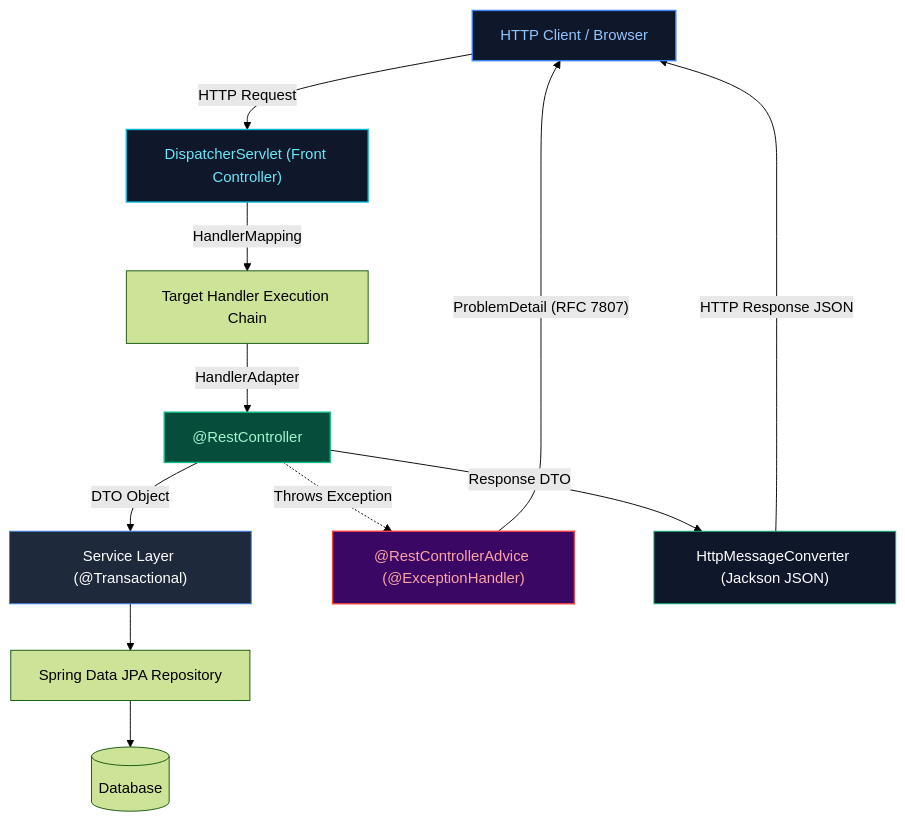
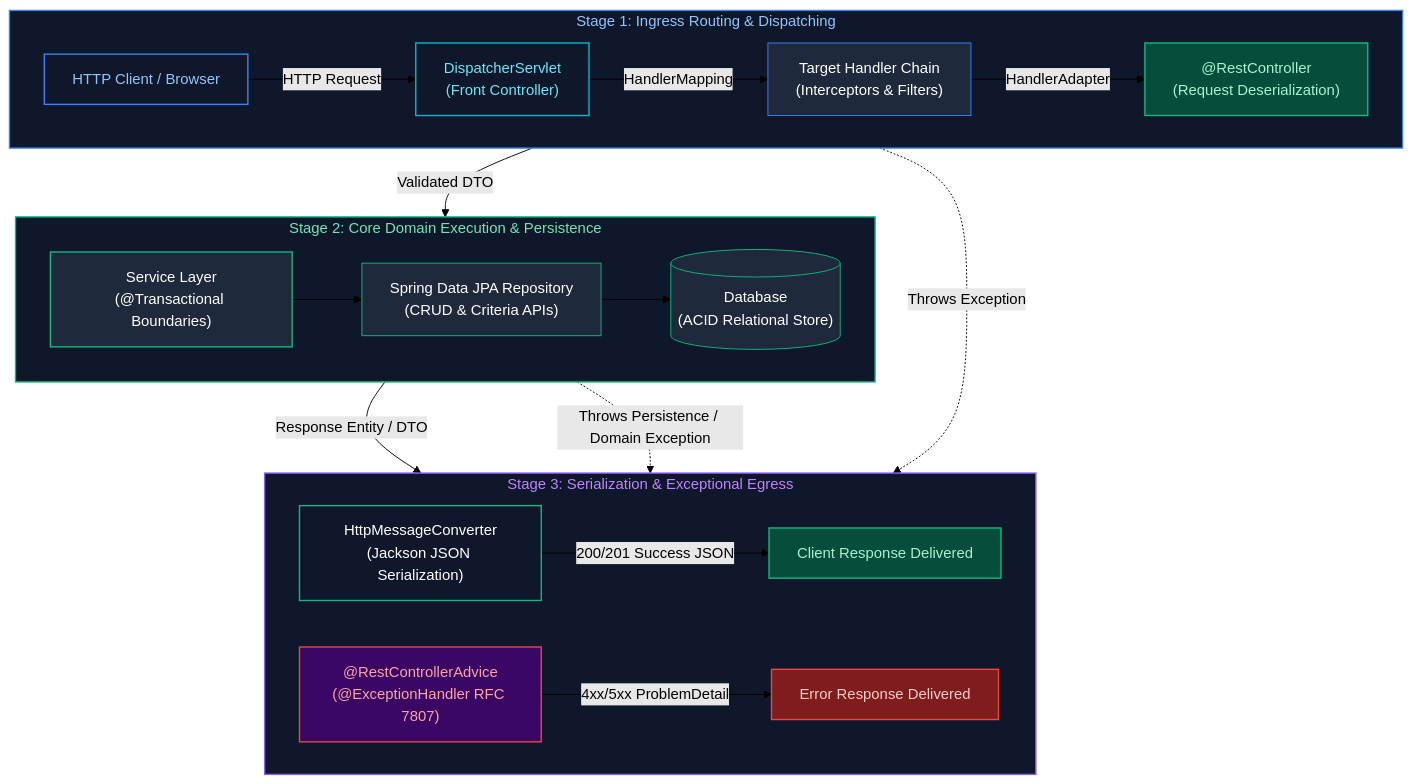
The first of 2 diagrams in Java Backend Engineering/frequently_asked_questions/06_rest_apis_and_web_services.md (joydeep-biswas/Interview-Preparation), drawn with Mermaid (forest theme) before and after one commit. The commit also changed other lines of this file and 76 other files, not shown here.

Commit message:
Updated Charts

````diff
--- a/Java Backend Engineering/frequently_asked_questions/06_rest_apis_and_web_services.md
+++ b/Java Backend Engineering/frequently_asked_questions/06_rest_apis_and_web_services.md
@@ -9,21 +9,42 @@
 ```mermaid
 flowchart TD
-    Client["HTTP Client / Browser"] -->|"HTTP Request"| Dispatcher["DispatcherServlet (Front Controller)"]
-    Dispatcher -->|"HandlerMapping"| Handler["Target Handler Execution Chain"]
-    Handler -->|"HandlerAdapter"| Controller["@RestController"]
-    Controller -->|"DTO Object"| ServiceLayer["Service Layer (@Transactional)"]
-    ServiceLayer --> RepositoryLayer["Spring Data JPA Repository"]
-    RepositoryLayer --> DB[("Database")]
+    subgraph Stage1 ["Stage 1: Ingress Routing & Dispatching"]
+        direction LR
+        Client["HTTP Client / Browser"] -->|"HTTP Request"| Dispatcher["DispatcherServlet<br/>(Front Controller)"]
+        Dispatcher -->|"HandlerMapping"| Handler["Target Handler Chain<br/>(Interceptors & Filters)"]
+        Handler -->|"HandlerAdapter"| Controller["@RestController<br/>(Request Deserialization)"]
+    end
 
-    Controller -.->|"Throws Exception"| Advice["@RestControllerAdvice (@ExceptionHandler)"]
-    Advice -->|"ProblemDetail (RFC 7807)"| Client
-    Controller -->|"Response DTO"| Jackson["HttpMessageConverter (Jackson JSON)"]
-    Jackson -->|"HTTP Response JSON"| Client
+    subgraph Stage2 ["Stage 2: Core Domain Execution & Persistence"]
+        direction LR
+        ServiceLayer["Service Layer<br/>(@Transactional Boundaries)"] --> RepositoryLayer["Spring Data JPA Repository<br/>(CRUD & Criteria APIs)"]
+        RepositoryLayer --> DB[("Database<br/>(ACID Relational Store)")]
+    end
+
+    subgraph Stage3 ["Stage 3: Serialization & Exceptional Egress"]
+        direction LR
+        Jackson["HttpMessageConverter<br/>(Jackson JSON Serialization)"] -->|"200/201 Success JSON"| ClientSuccess["Client Response Delivered"]
+        Advice["@RestControllerAdvice<br/>(@ExceptionHandler RFC 7807)"] -->|"4xx/5xx ProblemDetail"| ClientError["Error Response Delivered"]
+    end
+
+    Controller -->|"Validated DTO"| ServiceLayer
+    ServiceLayer -->|"Response Entity / DTO"| Jackson
+    Controller -.->|"Throws Exception"| Advice
+    ServiceLayer -.->|"Throws Persistence / Domain Exception"| Advice
+
+    style Stage1 fill:#0f172a,stroke:#3b82f6,stroke-width:1.5px,color:#93c5fd
+    style Stage2 fill:#0f172a,stroke:#10b981,stroke-width:1.5px,color:#6ee7b7
+    style Stage3 fill:#0f172a,stroke:#8b5cf6,stroke-width:1.5px,color:#c084fc
 
     style Client fill:#0f172a,stroke:#3b82f6,stroke-width:1.5px,color:#93c5fd
     style Dispatcher fill:#0f172a,stroke:#06b6d4,stroke-width:1.5px,color:#67e8f9
+    style Handler fill:#1e293b,stroke:#3b82f6,stroke-width:1px,color:#fff
     style Controller fill:#064e3b,stroke:#10b981,stroke-width:1.5px,color:#a7f3d0
-    style ServiceLayer fill:#1e293b,stroke:#3b82f6,stroke-width:1px,color:#fff
+    style ServiceLayer fill:#1e293b,stroke:#10b981,stroke-width:1.5px,color:#fff
+    style RepositoryLayer fill:#1e293b,stroke:#10b981,stroke-width:1px,color:#fff
+    style DB fill:#1e293b,stroke:#10b981,stroke-width:1px,color:#fff
+    style Jackson fill:#0f172a,stroke:#10b981,stroke-width:1.5px,color:#fff
     style Advice fill:#3b0764,stroke:#ef4444,stroke-width:1.5px,color:#fca5a5
-    style Jackson fill:#0f172a,stroke:#10b981,stroke-width:1px,color:#fff
+    style ClientSuccess fill:#064e3b,stroke:#10b981,stroke-width:1.5px,color:#a7f3d0
+    style ClientError fill:#7f1d1d,stroke:#ef4444,stroke-width:1.5px,color:#fecaca
 ```
````
